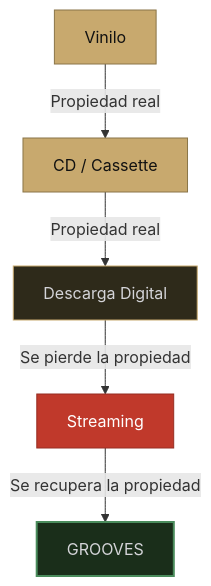
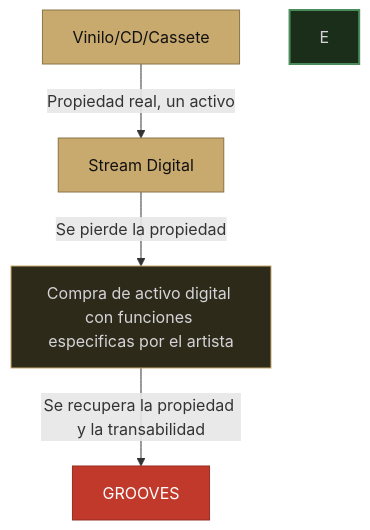
The first of 2 diagrams in manifiesto.md (groovesart/grooves-docs), drawn with Mermaid before and after one commit. The commit also changed other lines of this file, not shown here.

````diff
--- a/manifiesto.md
+++ b/manifiesto.md
@@ -9,12 +9,11 @@
 ```mermaid
 graph TB
-    A[Vinilo] -->|Propiedad real| B[CD / Cassette]
-    B -->|Propiedad real| C[Descarga Digital]
-    C -->|Se pierde la propiedad| D[Streaming]
-    D -->|Se recupera la propiedad| E[GROOVES]
+    A[Vinilo/CD/Cassete] -->|Propiedad real, un activo| B[Stream Digital]
+    B -->|Se pierde la propiedad| C[Compra de activo digital con funciones especificas por el artista]
+    C -->|Se recupera la propiedad y la transabilidad| D[GROOVES]
     style A fill:#C8A96E,color:#111,stroke:#8a7548
     style B fill:#C8A96E,color:#111,stroke:#8a7548
     style C fill:#2e2a1a,color:#d4d4d8,stroke:#C8A96E
     style D fill:#c0392b,color:#fff,stroke:#962d22
     style E fill:#1a2e1a,color:#d4d4d8,stroke:#4a8c5c,stroke-width:2px
 ```
````
